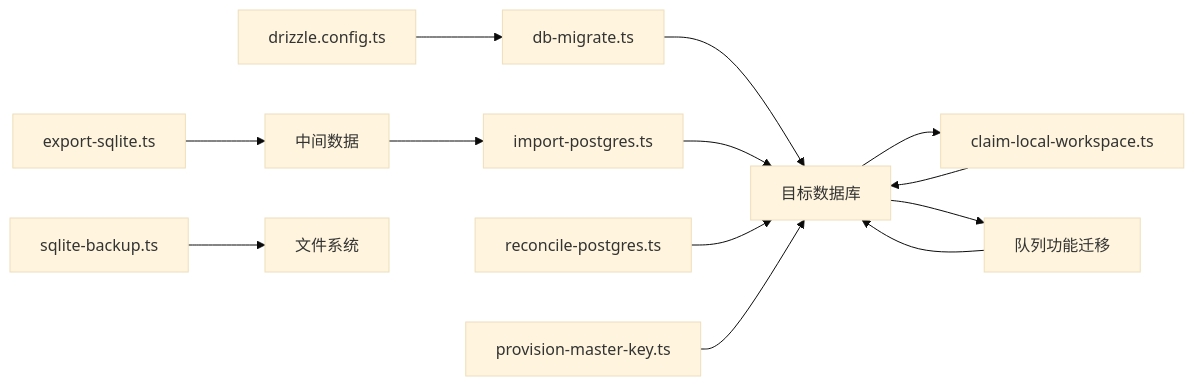
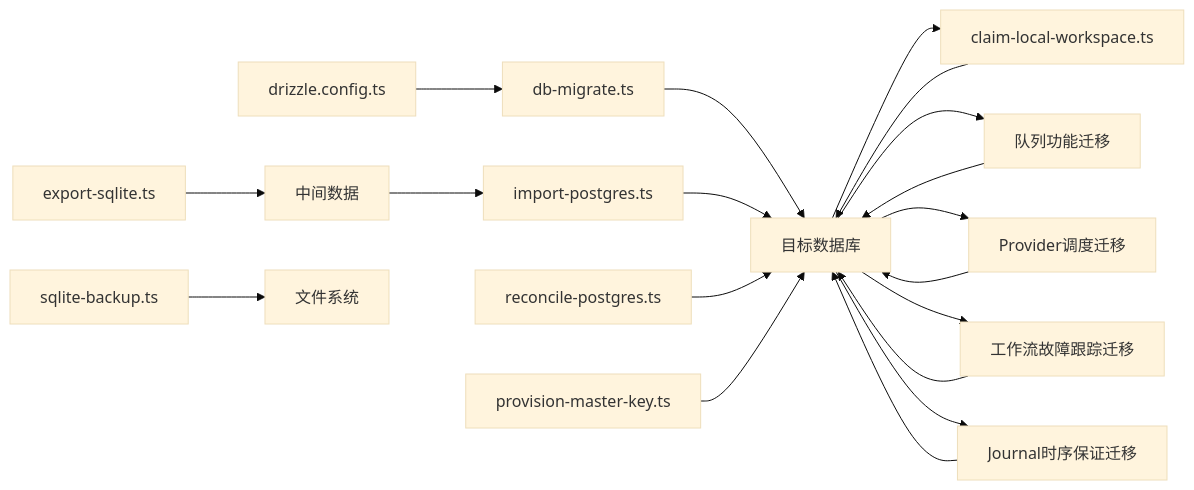
One commit to scottcwy/PurpleInk changed the eighth of 8 diagrams in .qoder/repowiki/zh/content/后端架构/数据访问层/数据迁移策略.md. Above: the diagram before and after it, drawn with Mermaid (base theme). The commit also changed other lines of this file and 23 other files, not shown here.

````diff
--- a/.qoder/repowiki/zh/content/后端架构/数据访问层/数据迁移策略.md
+++ b/.qoder/repowiki/zh/content/后端架构/数据访问层/数据迁移策略.md
@@ -356,15 +600,21 @@
 ```mermaid
 graph LR
 Conf["drizzle.config.ts"] --> Migrate["db-migrate.ts"]
 Migrate --> DB["目标数据库"]
 Export["export-sqlite.ts"] --> Middle["中间数据"]
 Middle --> Import["import-postgres.ts"]
 Import --> DB
 Reconcile["reconcile-postgres.ts"] --> DB
 Backup["sqlite-backup.ts"] --> FS["文件系统"]
 Key["provision-master-key.ts"] --> DB
 Claim["claim-local-workspace.ts"] --> DB
 Queue["队列功能迁移"] --> DB
+Provider["Provider调度迁移"] --> DB
+Fault["工作流故障跟踪迁移"] --> DB
+Journal["Journal时序保证迁移"] --> DB
 DB --> Claim
 DB --> Queue
+DB --> Provider
+DB --> Fault
+DB --> Journal
 ```
````
